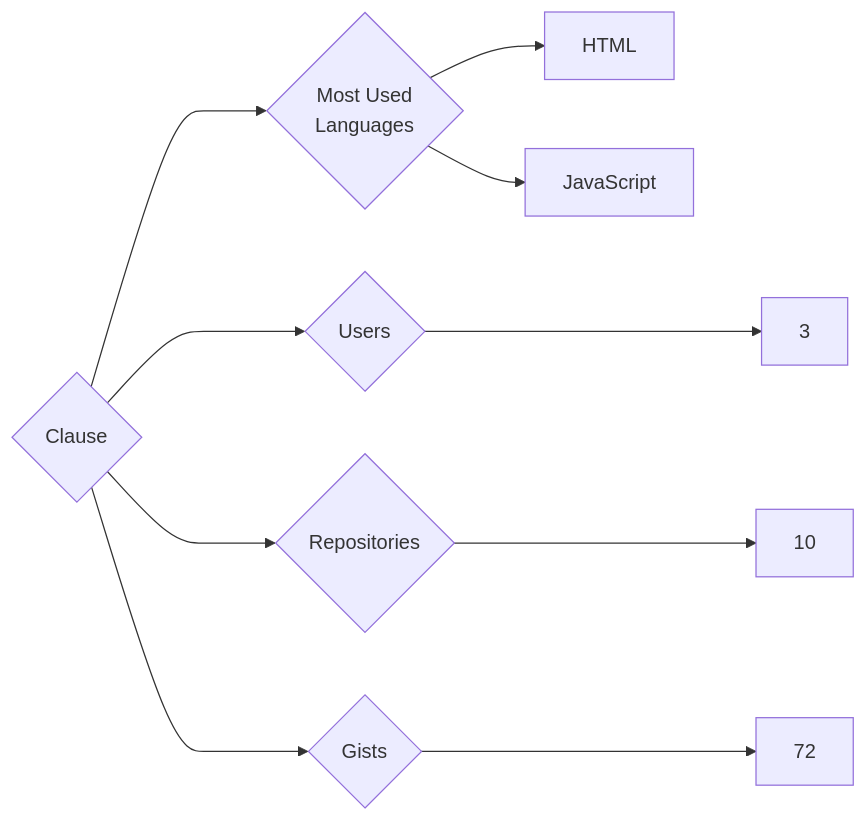
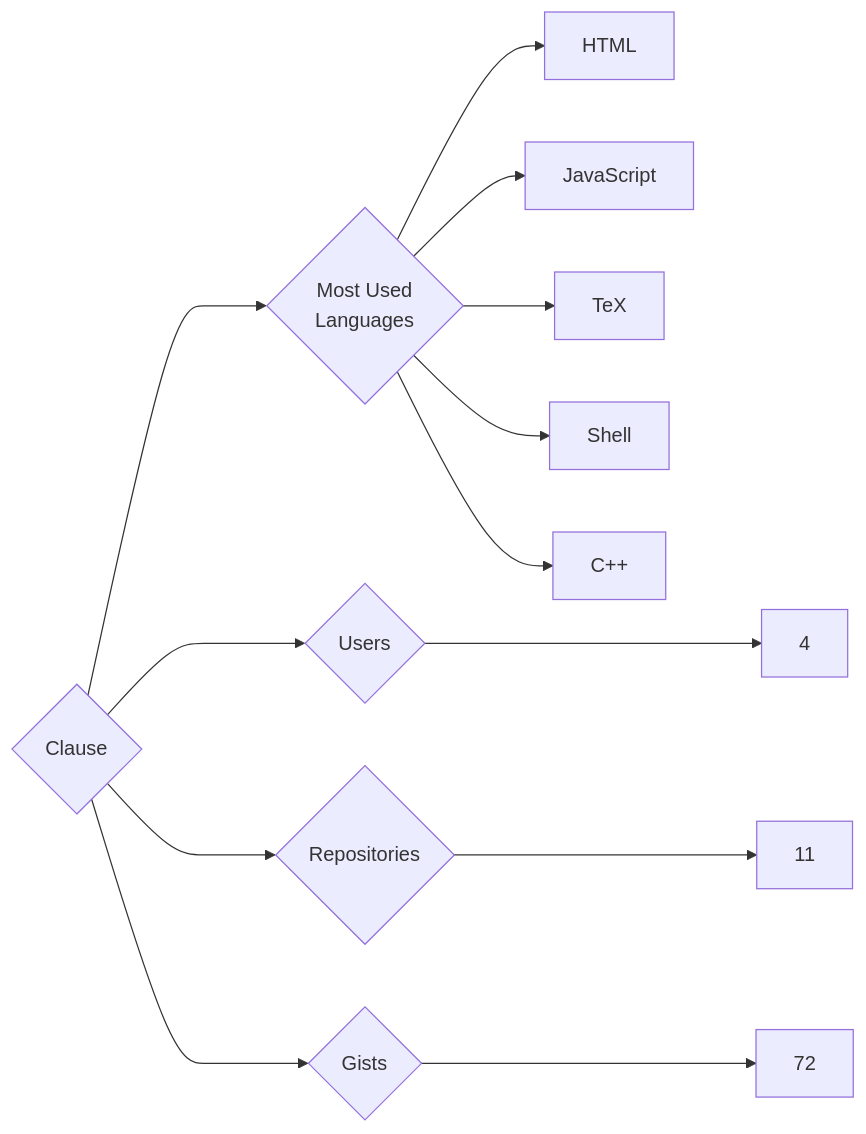
The diagram in targets/Clause/README.md (trickest/insiders), drawn with Mermaid before and after one commit. The commit also changed 894 other files, not shown here.

````diff
--- a/targets/Clause/README.md
+++ b/targets/Clause/README.md
@@ -3,10 +3,13 @@
 ```mermaid
 graph LR
 COMPANY_NAME{Clause}
-COMPANY_NAME ---> U{Users} ---> UN[3]
-COMPANY_NAME ---> R{Repositories} ---> RN[10]
+COMPANY_NAME ---> U{Users} ---> UN[4]
+COMPANY_NAME ---> R{Repositories} ---> RN[11]
 COMPANY_NAME ---> G{Gists} ---> GN[72]
 COMPANY_NAME ---> ML{Most Used<br>Languages}
 ML --> HTML[HTML]
 ML --> JavaScript[JavaScript]
+ML --> TeX[TeX]
+ML --> Shell[Shell]
+ML --> C++[C++]
 ```
````
